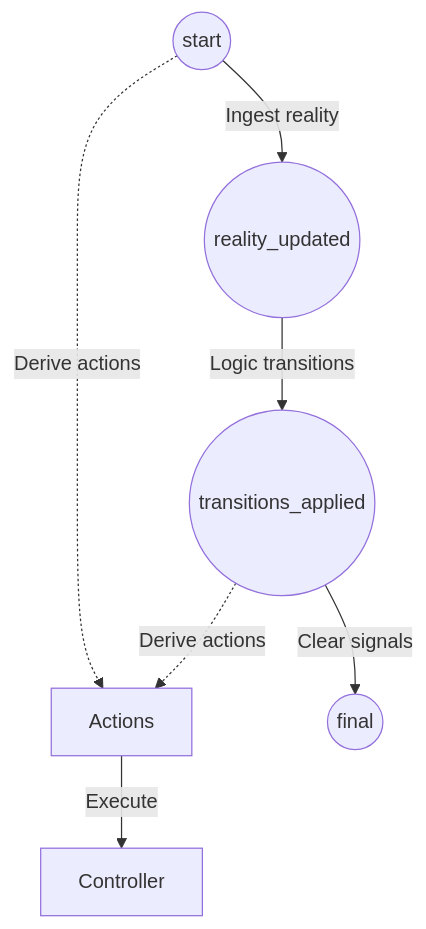
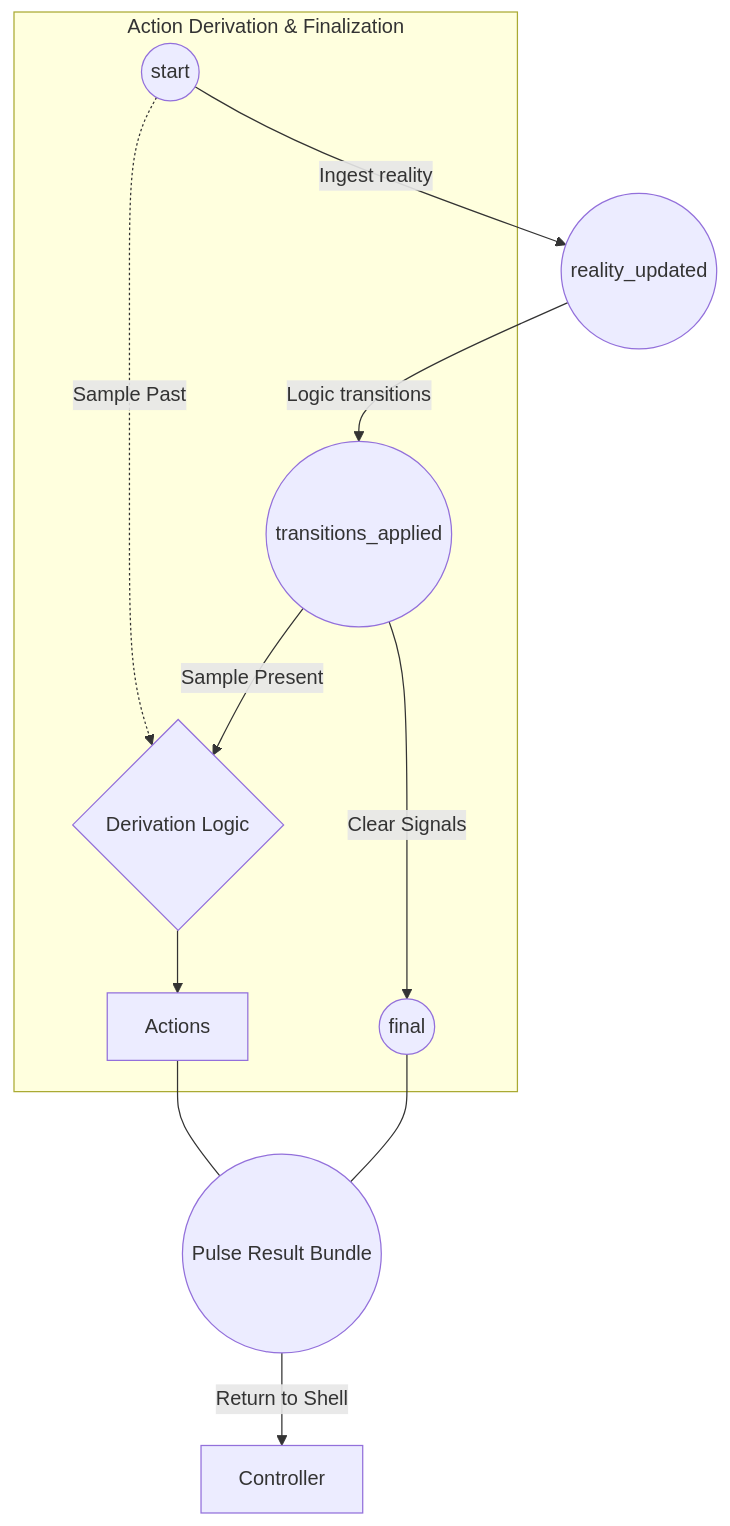
Before and after one commit to alesch/elevator: the diagram in doc/pulse.md, drawn with Mermaid. The commit also changed other lines of this file, not shown here.

Commit message:
docs: update pulse pipeline documentation to reflect the unified Pulse Result bundle and refined action derivation logic

````diff
--- a/doc/pulse.md
+++ b/doc/pulse.md
@@ -11,11 +11,15 @@
 ```mermaid
 graph TD
     start((start)) -->|Ingest reality| reality_updated((reality_updated))
     reality_updated -->|Logic transitions| transitions_applied((transitions_applied))
     
-    start -.->|Derive actions| Actions
-    transitions_applied -.->|Derive actions| Actions
-    
-    Actions -->|Execute| Controller
-    transitions_applied -->|Clear signals| final((final))
+    subgraph "Action Derivation & Finalization"
+        start -.->|Sample Past| Derivation{Derivation Logic}
+        transitions_applied -->|Sample Present| Derivation
+        Derivation --> Actions[Actions]
+        transitions_applied -->|Clear Signals| final((final))
+    end
+
+    Actions & final --- Result((Pulse Result Bundle))
+    Result -->|Return to Shell| Controller
 ```
````
